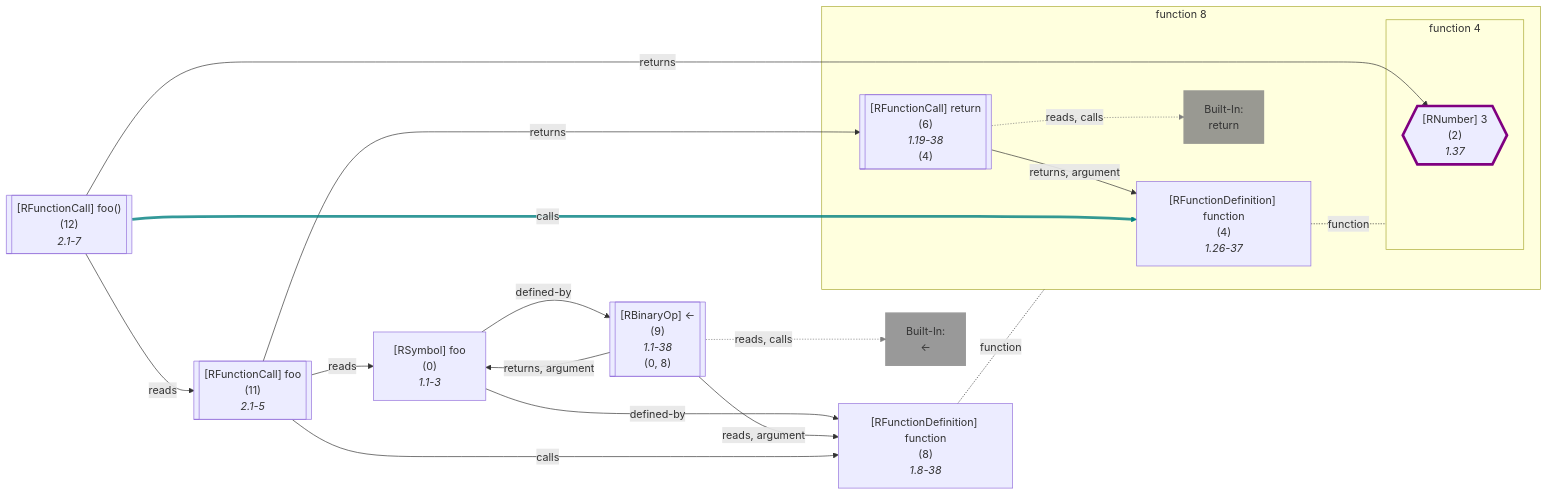
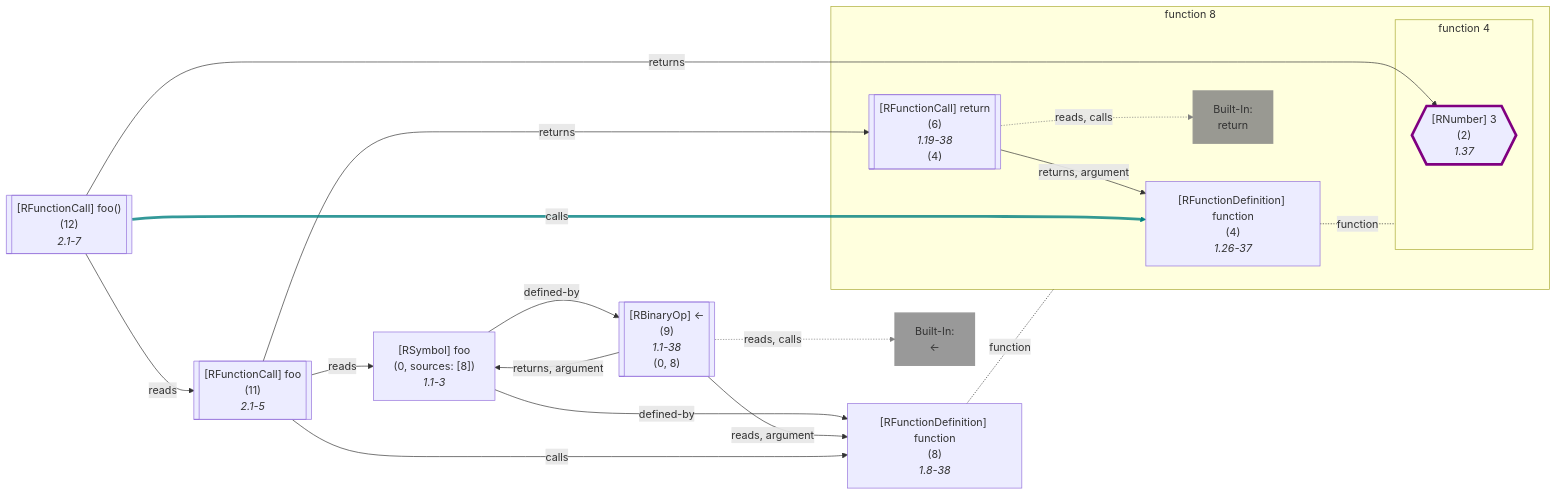
Diagram 20 of 58 in wiki/Dataflow Graph.md (flowr-analysis/flowr), drawn with Mermaid before and after one commit. The commit also changed other lines of this file and 90 other files, not shown here.

````diff
--- a/wiki/Dataflow Graph.md
+++ b/wiki/Dataflow Graph.md
@@ -2511,77 +2513,77 @@
 ```mermaid
 flowchart LR
     8["`#91;RFunctionDefinition#93; function
       (8)
       *1.8-38*`"]
 
 subgraph "flow-8" [function 8]
     %% Environment of 4 [level: 1]:
     %% Built-in
-    %% 2887----------------------------------------
-    %% 2888----------------------------------------
+    %% 2843----------------------------------------
+    %% 2844----------------------------------------
     4["`#91;RFunctionDefinition#93; function
       (4)
       *1.26-37*`"]
 
 subgraph "flow-4" [function 4]
     2{{"`#91;RNumber#93; 3
       (2)
       *1.37*`"}}
    %% No edges found for 2
     style 2 stroke:purple,stroke-width:4px; 
 end
    %% No edges found for 4
     6[["`#91;RFunctionCall#93; return
       (6)
       *1.19-38*
     (4)`"]]
     built-in:return["`Built-In:
 return`"]
     style built-in:return stroke:gray,fill:gray,stroke-width:2px,opacity:.8;
 end
    %% No edges found for 8
     0["`#91;RSymbol#93; foo
-      (0)
+      (0, sources: [8])
       *1.1-3*`"]
     9[["`#91;RBinaryOp#93; #60;#45;
       (9)
       *1.1-38*
     (0, 8)`"]]
     built-in:_-["`Built-In:
 #60;#45;`"]
     style built-in:_- stroke:gray,fill:gray,stroke-width:2px,opacity:.8;
     %% Environment of 11 [level: 0]:
     %% Built-in
-    %% 2901----------------------------------------
+    %% 2857----------------------------------------
     %%   foo: {**foo** (id: 0, type: Function, def. @9)}
     11[["`#91;RFunctionCall#93; foo
       (11)
       *2.1-5*`"]]
     %% Environment of 12 [level: 0]:
     %% Built-in
-    %% 2903----------------------------------------
+    %% 2859----------------------------------------
     %%   foo: {**foo** (id: 0, type: Function, def. @9)}
     12[["`#91;RFunctionCall#93; foo()
       (12)
       *2.1-7*`"]]
 4 -.-|function| flow-4
 
     6 -->|"returns, argument"| 4
     6 -.->|"reads, calls"| built-in:return
     linkStyle 2 stroke:gray;
 8 -.-|function| flow-8
 
     0 -->|"defined-by"| 8
     0 -->|"defined-by"| 9
     9 -->|"reads, argument"| 8
     9 -->|"returns, argument"| 0
     9 -.->|"reads, calls"| built-in:_-
     linkStyle 8 stroke:gray;
     11 -->|"reads"| 0
     11 -->|"returns"| 6
     11 -->|"calls"| 8
     12 -->|"reads"| 11
     12 -->|"returns"| 2
     12 -->|"calls"| 4
     linkStyle 14 stroke:teal,stroke-width:4.2px,stroke-opacity:.8
 ```
````
